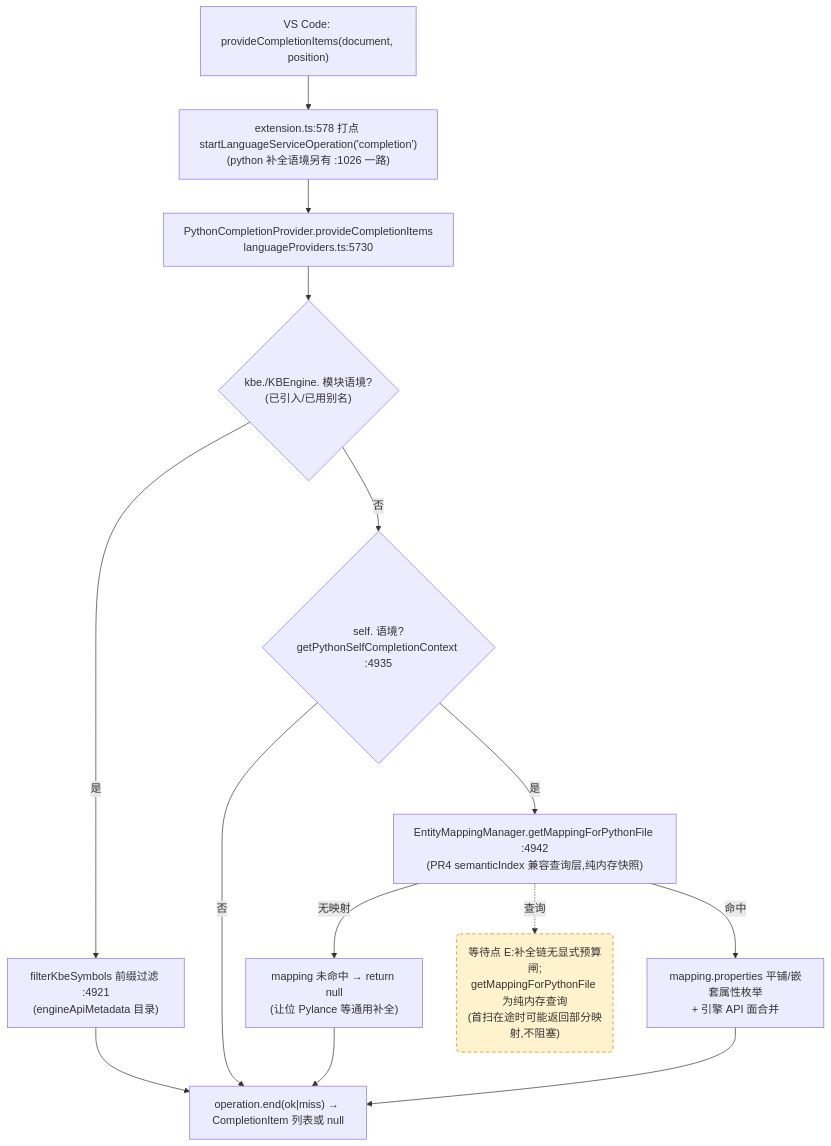
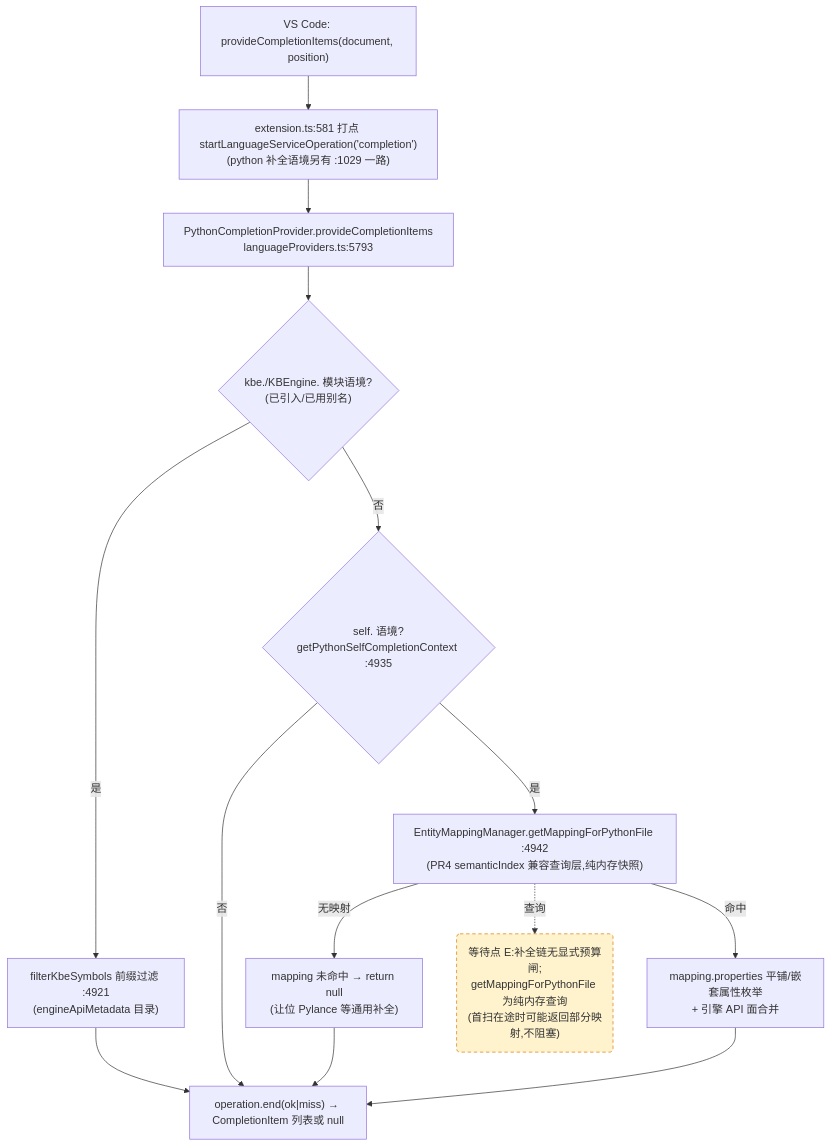
One commit to cuihairu/kode changed the third of 4 diagrams in docs/perf/2026-baseline.md. Above: the diagram before and after it, drawn with Mermaid. The commit also changed other lines of this file and 9 other files, not shown here.

````diff
--- a/docs/perf/2026-baseline.md
+++ b/docs/perf/2026-baseline.md
@@ -184,27 +184,27 @@
 ```mermaid
 flowchart TD
   VC3["VS Code: provideCompletionItems(document, position)"]
-  M3["extension.ts:578 打点 startLanguageServiceOperation('completion')<br/>(python 补全语境另有 :1026 一路)"]
-  CP["PythonCompletionProvider.provideCompletionItems<br/>languageProviders.ts:5730"]
+  M3["extension.ts:581 打点 startLanguageServiceOperation('completion')<br/>(python 补全语境另有 :1029 一路)"]
+  CP["PythonCompletionProvider.provideCompletionItems<br/>languageProviders.ts:5793"]
   KBEC{"kbe./KBEngine. 模块语境?<br/>(已引入/已用别名)"}
   FILTER["filterKbeSymbols 前缀过滤 :4921<br/>(engineApiMetadata 目录)"]
   SELFC{"self. 语境?<br/>getPythonSelfCompletionContext :4935"}
   MAP["EntityMappingManager.getMappingForPythonFile :4942<br/>(PR4 semanticIndex 兼容查询层,纯内存快照)"]
   NOMAP["mapping 未命中 → return null<br/>(让位 Pylance 等通用补全)"]
   PROPS["mapping.properties 平铺/嵌套属性枚举<br/>+ 引擎 API 面合并"]
   END3["operation.end(ok|miss) → CompletionItem 列表或 null"]
 
   VC3 --> M3 --> CP --> KBEC
   KBEC -- "是" --> FILTER --> END3
   KBEC -- "否" --> SELFC
   SELFC -- "否" --> END3
   SELFC -- "是" --> MAP
   MAP -- "无映射" --> NOMAP --> END3
   MAP -- "命中" --> PROPS --> END3
 
   WAITE("等待点 E:补全链无显式预算闸;<br/>getMappingForPythonFile 为纯内存查询<br/>(首扫在途时可能返回部分映射,不阻塞)")
   MAP -.->|查询| WAITE
 
   classDef waitPoint fill:#fff3cd,stroke:#d97706,stroke-dasharray:5 4;
   class WAITE waitPoint;
 ```
````
